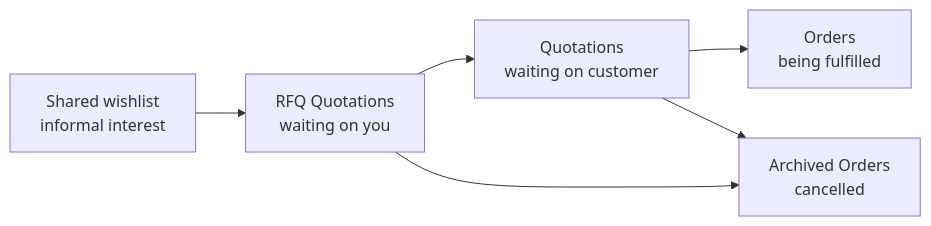
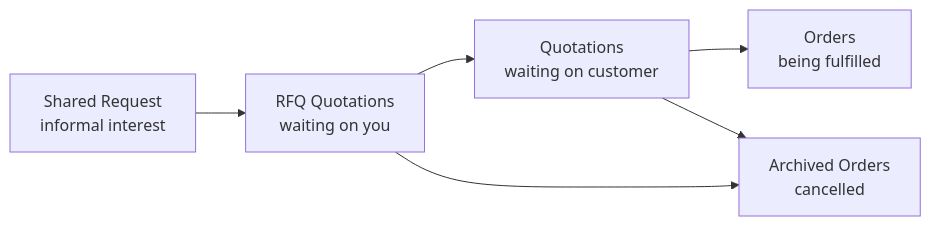
Before and after one commit to LaplaceSoftware/lp_projects_docs: the first of 3 diagrams in docs/b2b_ecommerce_docs/_user_guide/008-Account-Manager-Portal-Order-Queues.md, drawn with Mermaid. The commit also changed other lines of this file and 48 other files, not shown here.

````diff
--- a/docs/b2b_ecommerce_docs/_user_guide/008-Account-Manager-Portal-Order-Queues.md
+++ b/docs/b2b_ecommerce_docs/_user_guide/008-Account-Manager-Portal-Order-Queues.md
@@ -6,8 +6,8 @@
 ```mermaid
 flowchart LR
-    SW["Shared wishlist<br/>informal interest"] --> RFQ["RFQ Quotations<br/>waiting on you"]
+    SW["Shared Request<br/>informal interest"] --> RFQ["RFQ Quotations<br/>waiting on you"]
     RFQ --> Q["Quotations<br/>waiting on customer"]
     Q --> O["Orders<br/>being fulfilled"]
     Q --> A["Archived Orders<br/>cancelled"]
     RFQ --> A
 ```
````
